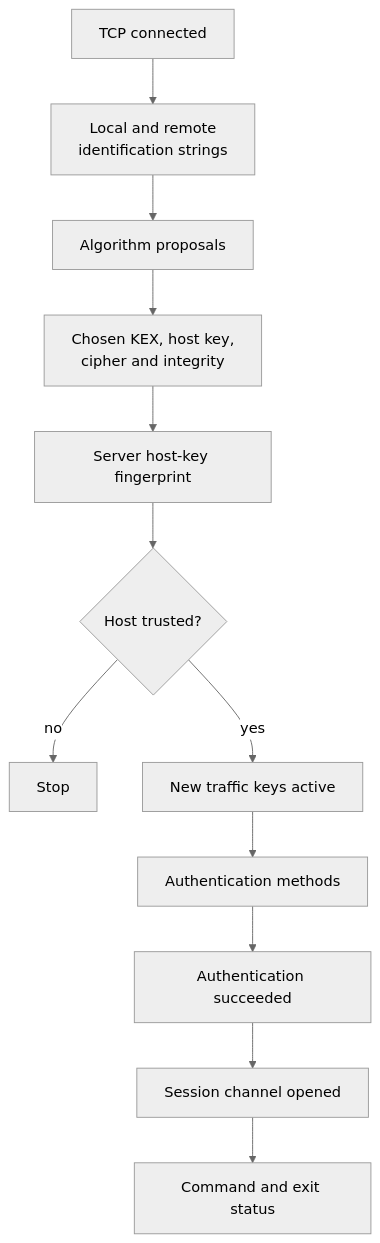
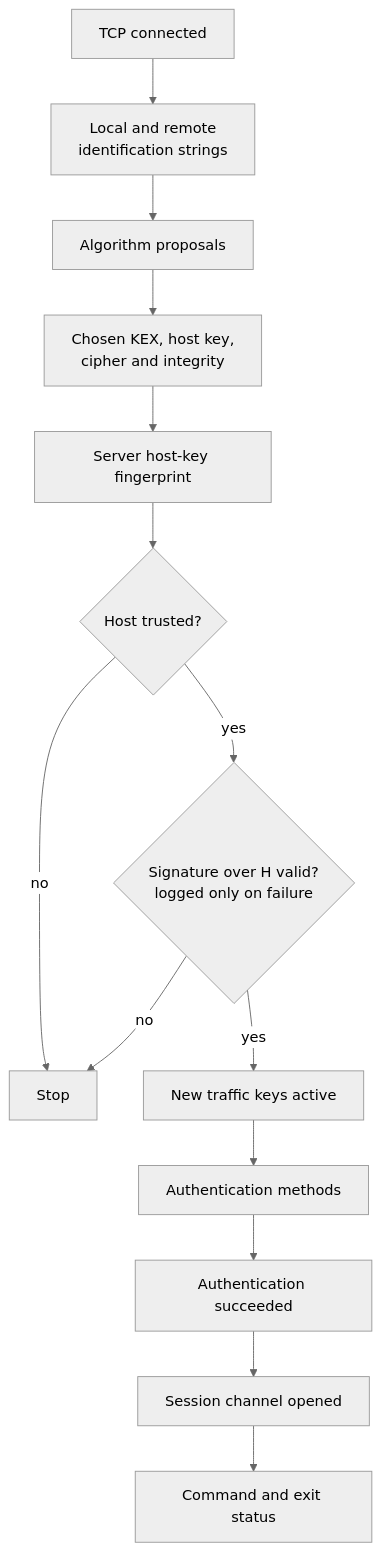
One commit to fornwall/ssh-protocol changed the first of 2 diagrams in src/first-connection.md. Above: the diagram before and after it, drawn with Mermaid (neutral theme). The commit also changed other lines of this file and 9 other files, not shown here.

````diff
--- a/src/first-connection.md
+++ b/src/first-connection.md
@@ -45,14 +45,16 @@
 ```mermaid
 flowchart TD
     A["TCP connected"] --> B["Local and remote<br/>identification strings"]
     B --> C["Algorithm proposals"]
     C --> D["Chosen KEX, host key,<br/>cipher and integrity"]
     D --> E["Server host-key fingerprint"]
     E --> F{"Host trusted?"}
     F -- no --> X["Stop"]
-    F -- yes --> G["New traffic keys active"]
+    F -- yes --> V{"Signature over H valid?<br/>logged only on failure"}
+    V -- no --> X
+    V -- yes --> G["New traffic keys active"]
     G --> H["Authentication methods"]
     H --> I["Authentication succeeded"]
     I --> J["Session channel opened"]
     J --> K["Command and exit status"]
 ```
````
